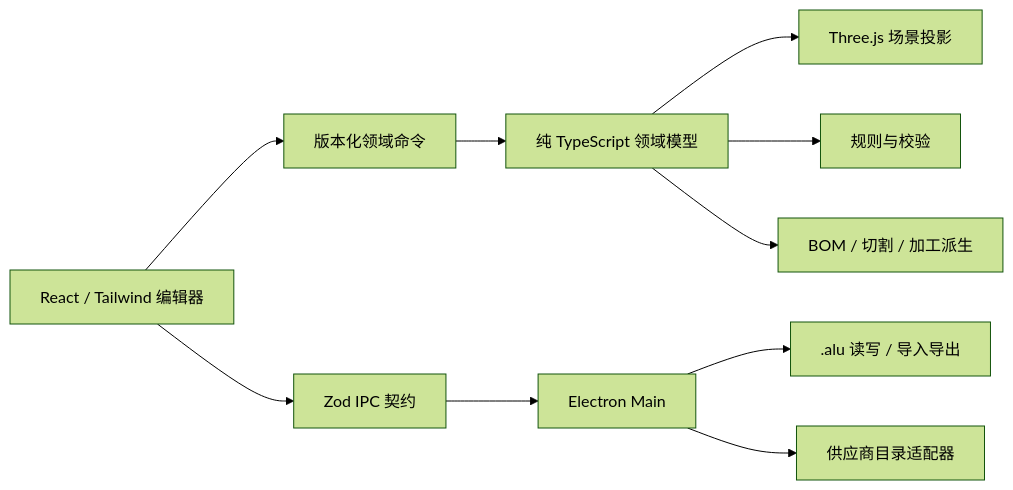
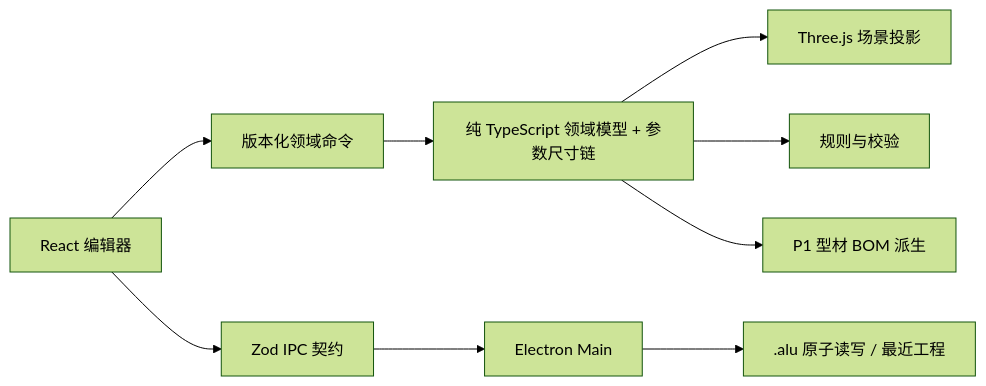
The diagram in docs/engineering/architecture.md (OWRIG/alu), drawn with Mermaid (forest theme) before and after one commit. The commit also changed other lines of this file and 118 other files, not shown here.

````diff
--- a/docs/engineering/architecture.md
+++ b/docs/engineering/architecture.md
@@ -9,12 +9,11 @@
 ```mermaid
 flowchart LR
-  UI["React / Tailwind 编辑器"] --> CMD["版本化领域命令"]
-  CMD --> DOMAIN["纯 TypeScript 领域模型"]
+  UI["React 编辑器"] --> CMD["版本化领域命令"]
+  CMD --> DOMAIN["纯 TypeScript 领域模型 + 参数尺寸链"]
   DOMAIN --> VIEW["Three.js 场景投影"]
   DOMAIN --> RULES["规则与校验"]
-  DOMAIN --> BOM["BOM / 切割 / 加工派生"]
+  DOMAIN --> BOM["P1 型材 BOM 派生"]
   UI --> IPC["Zod IPC 契约"]
   IPC --> MAIN["Electron Main"]
-  MAIN --> FILES[".alu 读写 / 导入导出"]
-  MAIN --> VENDOR["供应商目录适配器"]
+  MAIN --> FILES[".alu 原子读写 / 最近工程"]
 ```
````
